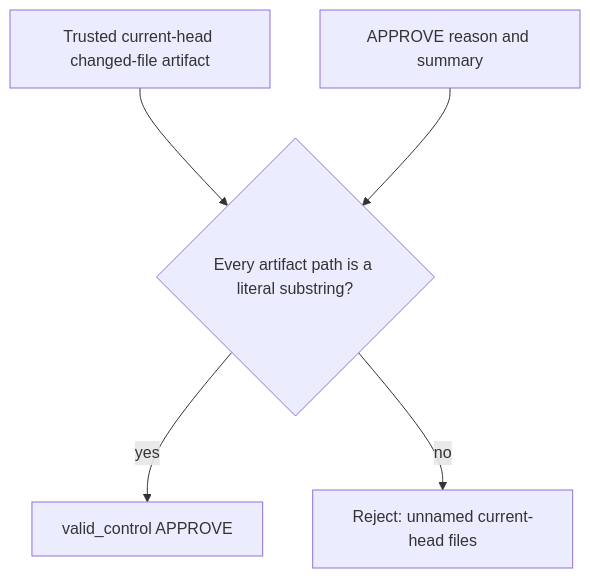
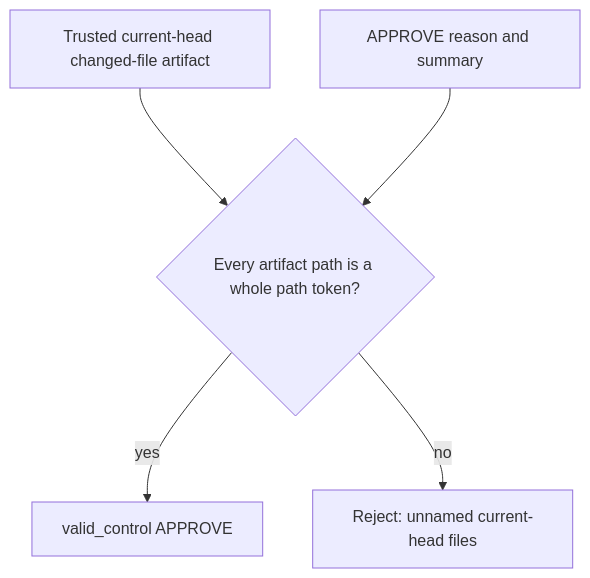
The second of 3 diagrams in ARCHITECTURE.md (ContextualWisdomLab/.github), drawn with Mermaid before and after one commit. The commit also changed 6 other files, not shown here.

First line of the commit message:
fix(review): require whole path tokens in APPROVE walks

````diff
--- a/ARCHITECTURE.md
+++ b/ARCHITECTURE.md
@@ -30,13 +30,13 @@
 ```mermaid
 flowchart TD
   Artifact["Trusted current-head changed-file artifact"]
   Reason["APPROVE reason and summary"]
-  Named{"Every artifact path is a literal substring?"}
+  Named{"Every artifact path is a whole path token?"}
   Accept["valid_control APPROVE"]
   Reject["Reject: unnamed current-head files"]
 
   Artifact --> Named
   Reason --> Named
   Named -->|"yes"| Accept
   Named -->|"no"| Reject
 ```
````
